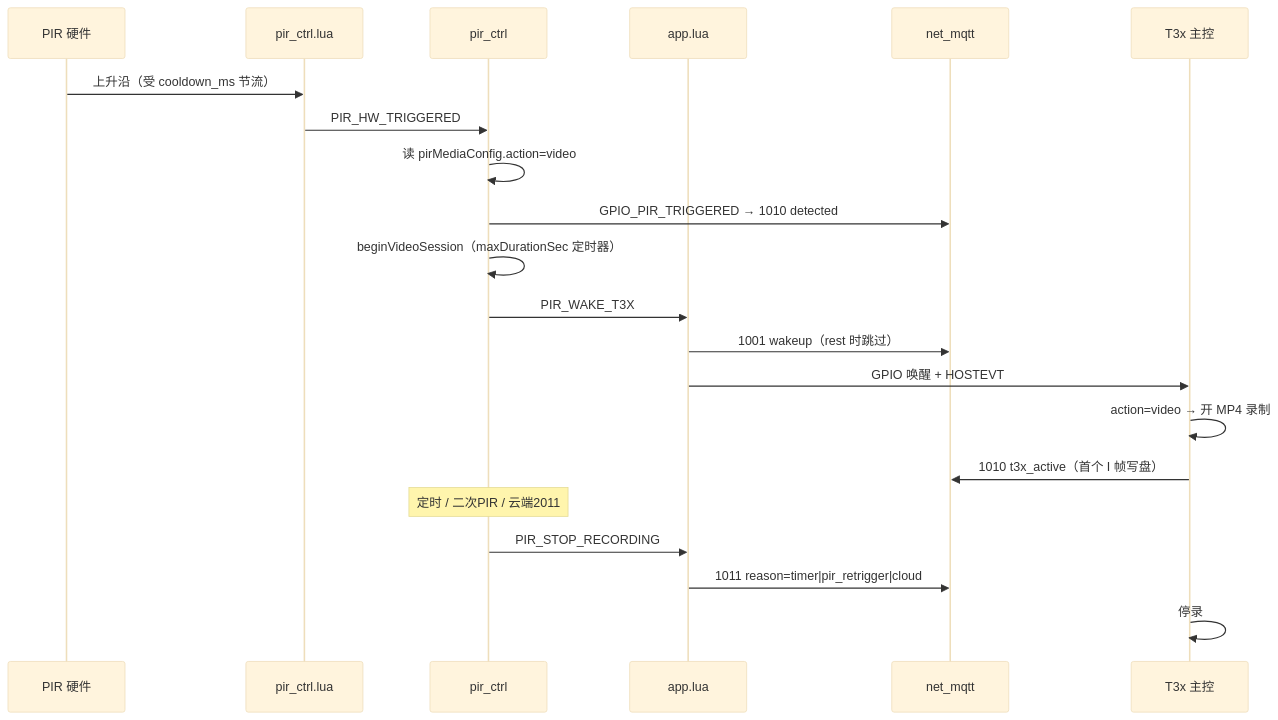
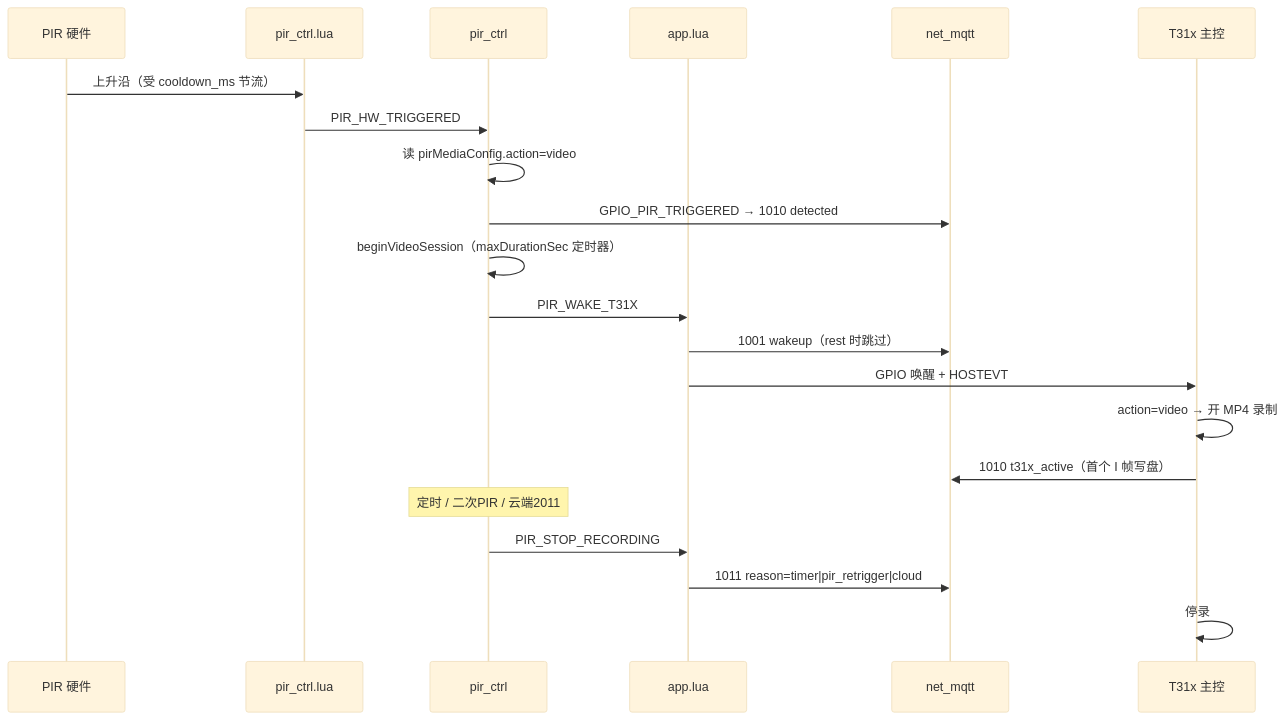
Before and after one commit to dzr1986/AIR780EHM: the third of 5 diagrams in doc/PIR_PROTOCOL.md, drawn with Mermaid (base theme). The commit also changed other lines of this file and 402 other files, not shown here.

````diff
--- a/doc/PIR_PROTOCOL.md
+++ b/doc/PIR_PROTOCOL.md
@@ -146,24 +146,24 @@
 ```mermaid
 sequenceDiagram
     participant HW as PIR 硬件
     participant LIB as pir_ctrl.lua
     participant PC as pir_ctrl
     participant APP as app.lua
     participant MQTT as net_mqtt
-    participant T3x as T3x 主控
+    participant T31x as T31x 主控
 
     HW->>LIB: 上升沿（受 cooldown_ms 节流）
     LIB->>PC: PIR_HW_TRIGGERED
     PC->>PC: 读 pirMediaConfig.action=video
     PC->>MQTT: GPIO_PIR_TRIGGERED → 1010 detected
     PC->>PC: beginVideoSession（maxDurationSec 定时器）
-    PC->>APP: PIR_WAKE_T3X
+    PC->>APP: PIR_WAKE_T31X
     APP->>MQTT: 1001 wakeup（rest 时跳过）
-    APP->>T3x: GPIO 唤醒 + HOSTEVT
-    T3x->>T3x: action=video → 开 MP4 录制
-    T3x->>MQTT: 1010 t3x_active（首个 I 帧写盘）
+    APP->>T31x: GPIO 唤醒 + HOSTEVT
+    T31x->>T31x: action=video → 开 MP4 录制
+    T31x->>MQTT: 1010 t31x_active（首个 I 帧写盘）
     Note over PC: 定时 / 二次PIR / 云端2011
     PC->>APP: PIR_STOP_RECORDING
     APP->>MQTT: 1011 reason=timer|pir_retrigger|cloud
-    T3x->>T3x: 停录
+    T31x->>T31x: 停录
 ```
````
